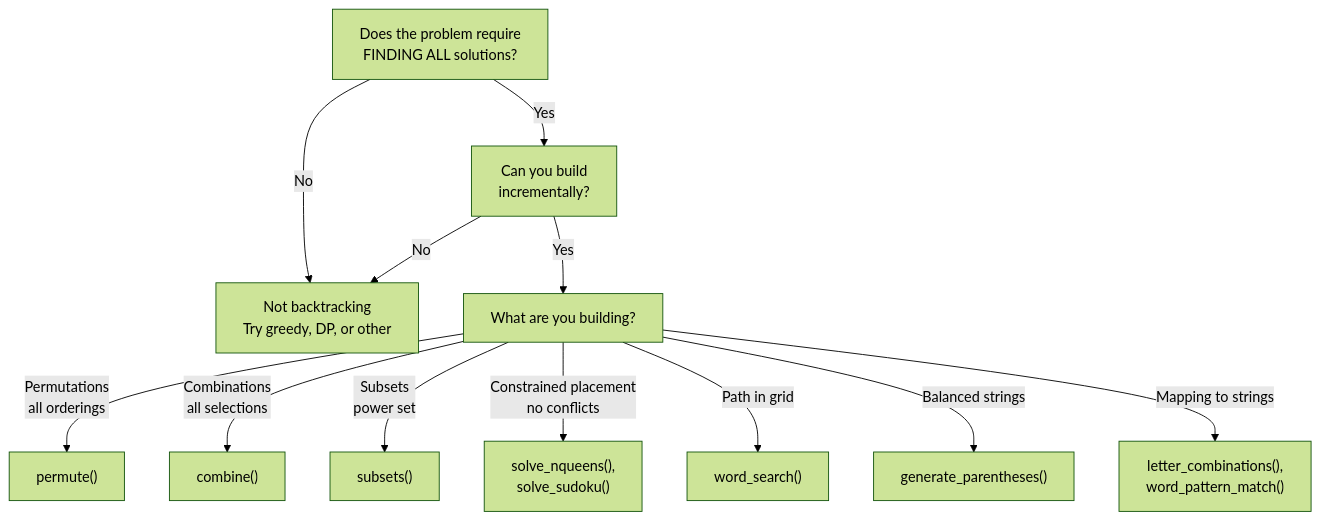
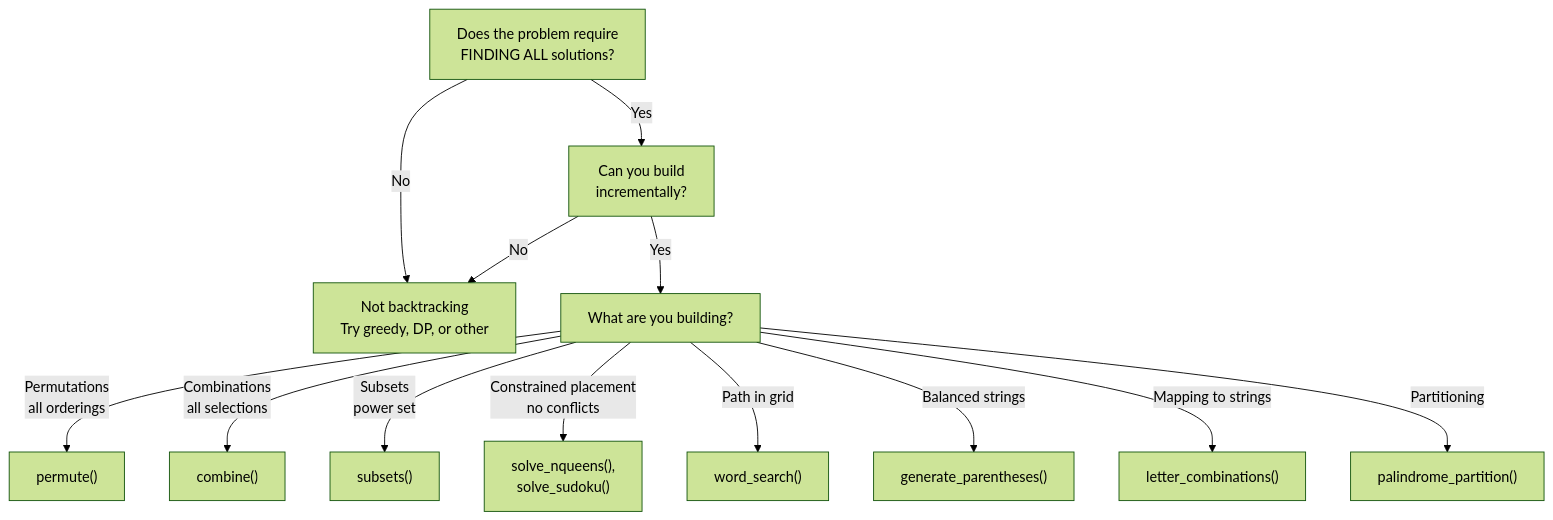
The first of 5 diagrams in docs/algorithms/dp/backtracking_patterns.md (souradeepta/interviewprep), drawn with Mermaid (forest theme) before and after one commit. The commit also changed other lines of this file and 16 other files, not shown here.

````diff
--- a/docs/algorithms/dp/backtracking_patterns.md
+++ b/docs/algorithms/dp/backtracking_patterns.md
@@ -44,16 +20,15 @@
 ```mermaid
 graph TD
     A["Does the problem require<br/>FINDING ALL solutions?"] -->|No| B["Not backtracking<br/>Try greedy, DP, or other"]
     A -->|Yes| C["Can you build<br/>incrementally?"]
-    
     C -->|No| B
     C -->|Yes| D["What are you building?"]
-    
     D -->|Permutations<br/>all orderings| E["permute()"]
     D -->|Combinations<br/>all selections| F["combine()"]
     D -->|Subsets<br/>power set| G["subsets()"]
     D -->|Constrained placement<br/>no conflicts| H["solve_nqueens(),<br/>solve_sudoku()"]
     D -->|Path in grid| I["word_search()"]
     D -->|Balanced strings| J["generate_parentheses()"]
-    D -->|Mapping to strings| K["letter_combinations(),<br/>word_pattern_match()"]
+    D -->|Mapping to strings| K["letter_combinations()"]
+    D -->|Partitioning| L["palindrome_partition()"]
 ```
````
